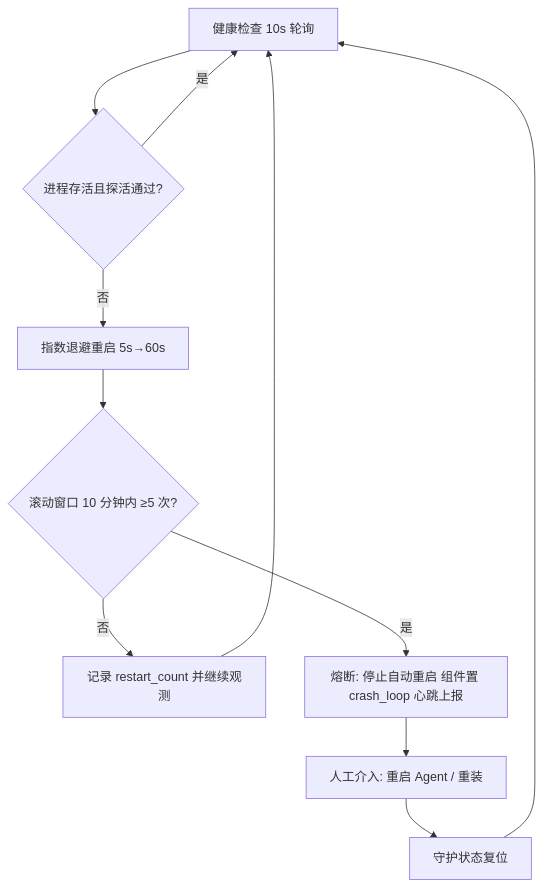
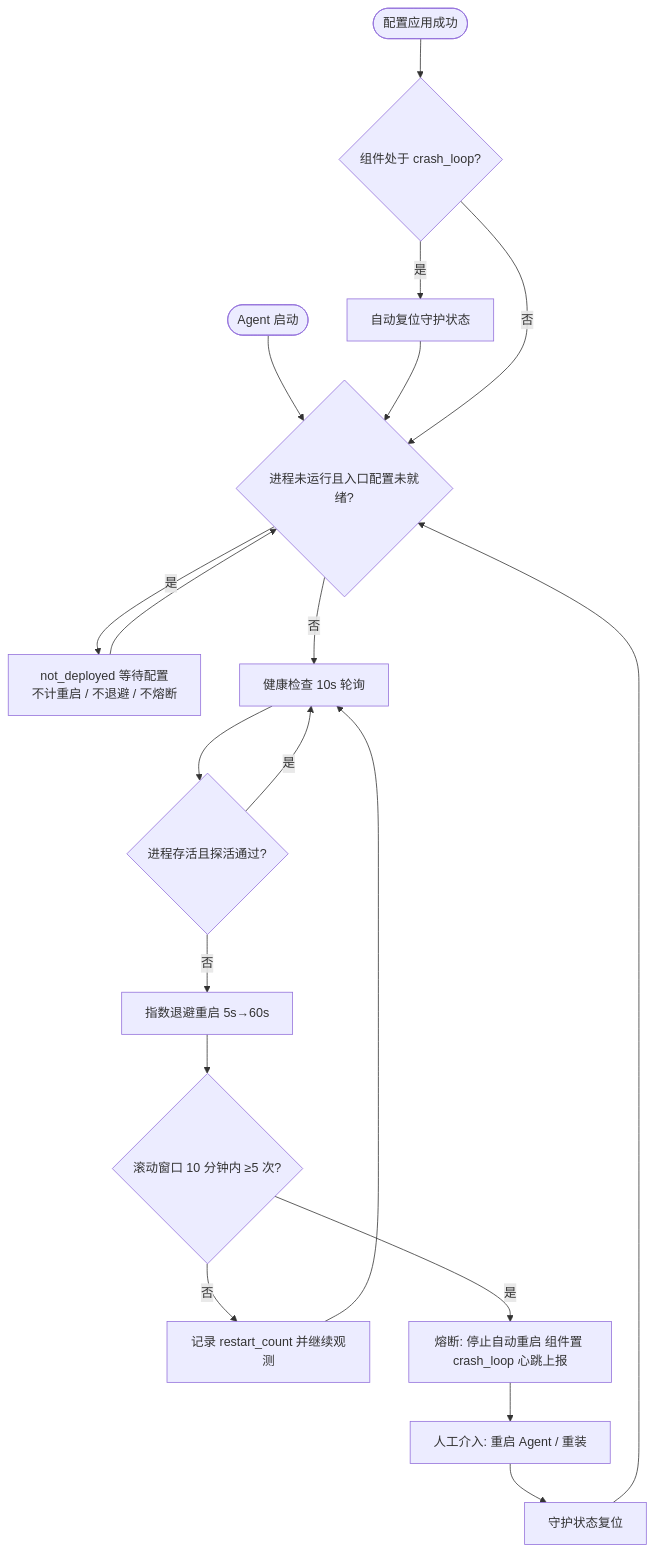
Before and after one commit to vickiechen1128/CNCF_Monitor: the second of 6 diagrams in docs/02-product-requirements/Modules/Module_11_Edge_Access_and_Agent_Delivery.md, drawn with Mermaid. The commit also changed other lines of this file and 3 other files, not shown here.

````diff
--- a/docs/02-product-requirements/Modules/Module_11_Edge_Access_and_Agent_Delivery.md
+++ b/docs/02-product-requirements/Modules/Module_11_Edge_Access_and_Agent_Delivery.md
@@ -202,11 +207,18 @@
 ```mermaid
 flowchart TD
-  A[健康检查 10s 轮询] --> B{进程存活且探活通过?}
-  B -- 是 --> A
-  B -- 否 --> C[指数退避重启 5s→60s]
-  C --> D{滚动窗口 10 分钟内 ≥5 次?}
-  D -- 否 --> E[记录 restart_count 并继续观测] --> A
-  D -- 是 --> F[熔断: 停止自动重启 组件置 crash_loop 心跳上报]
-  F --> G[人工介入: 重启 Agent / 重装]
-  G --> H[守护状态复位] --> A
+  A([Agent 启动]) --> W{进程未运行且入口配置未就绪?}
+  P([配置应用成功]) --> R{组件处于 crash_loop?}
+  R -- 是 --> X[自动复位守护状态] --> W
+  R -- 否 --> W
+  W -- 是 --> N[not_deployed 等待配置<br/>不计重启 / 不退避 / 不熔断]
+  N --> W
+  W -- 否 --> H[健康检查 10s 轮询]
+  H --> C{进程存活且探活通过?}
+  C -- 是 --> H
+  C -- 否 --> B[指数退避重启 5s→60s]
+  B --> T{滚动窗口 10 分钟内 ≥5 次?}
+  T -- 否 --> G[记录 restart_count 并继续观测] --> H
+  T -- 是 --> F[熔断: 停止自动重启 组件置 crash_loop 心跳上报]
+  F --> M[人工介入: 重启 Agent / 重装]
+  M --> S[守护状态复位] --> W
 ```
````
